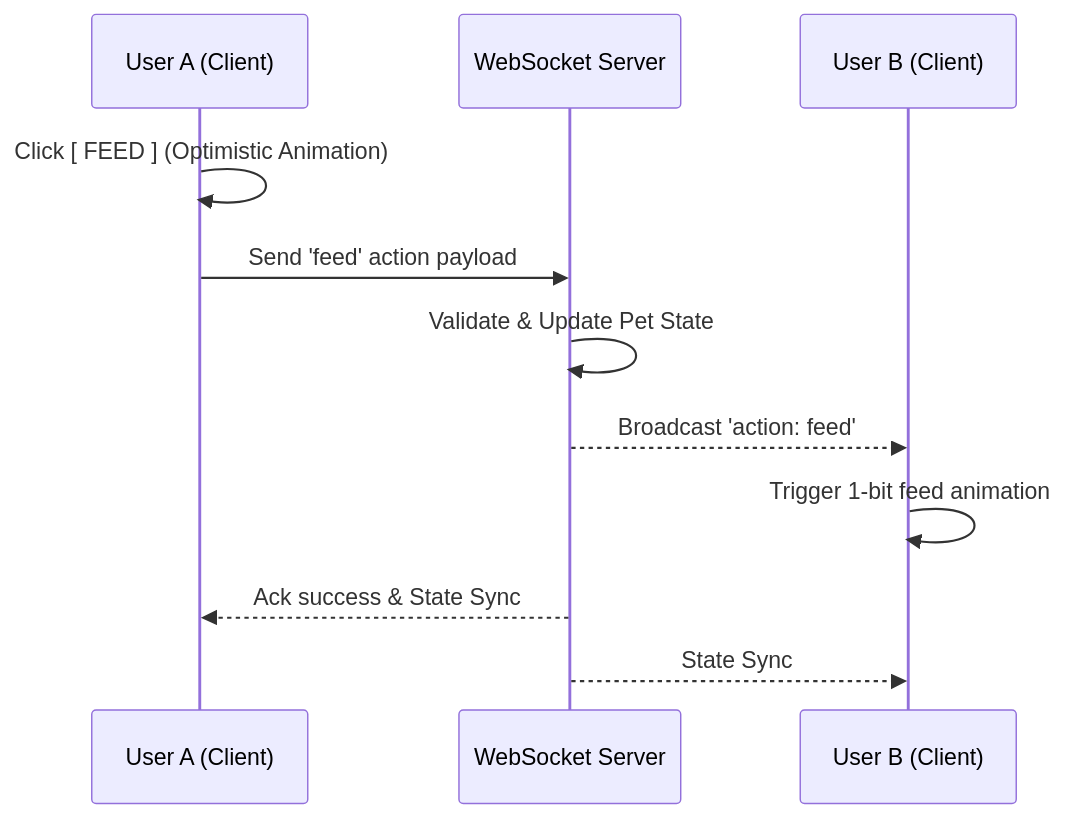
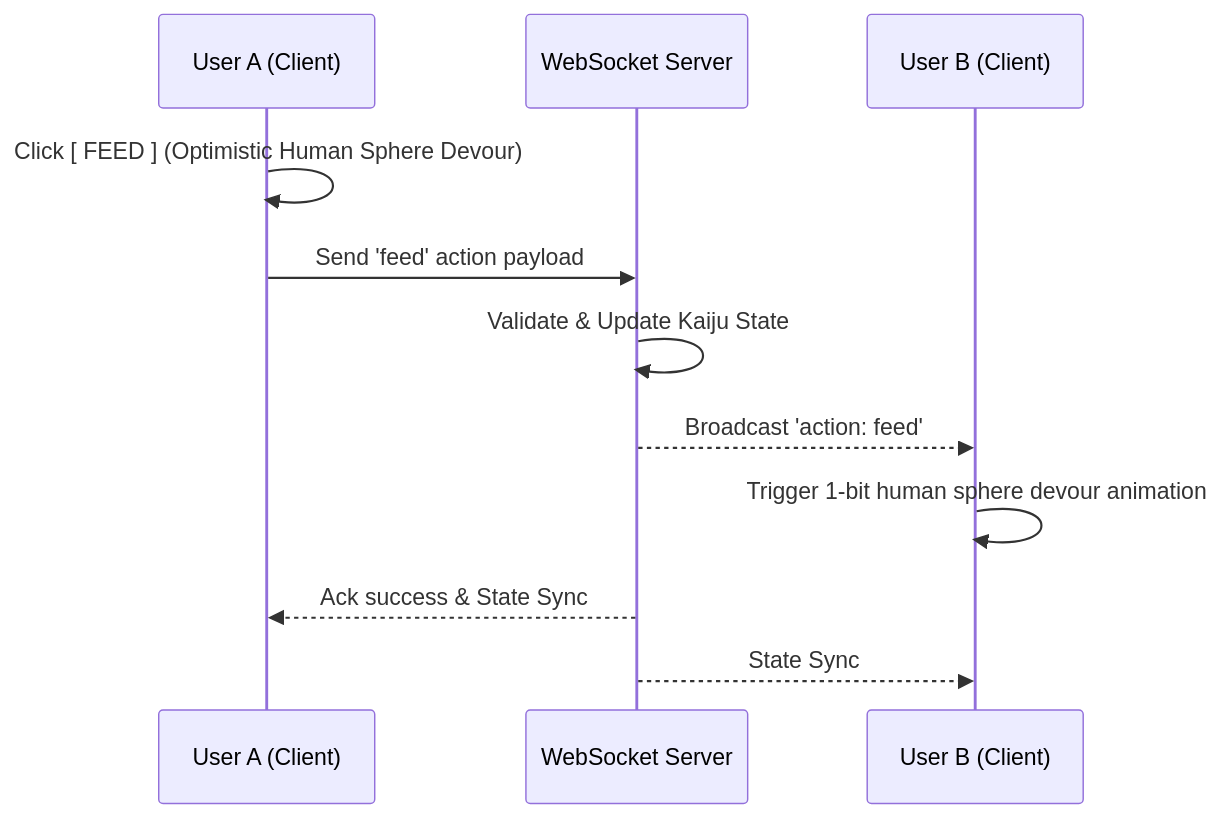
Before and after one commit to TheMrCorvy/HATCH.REF: the third of 3 diagrams in Documentation/Multiplayer/01-shared-pet-care-architecture.md, drawn with Mermaid. The commit also changed other lines of this file and 34 other files, not shown here.

````diff
--- a/Documentation/Multiplayer/01-shared-pet-care-architecture.md
+++ b/Documentation/Multiplayer/01-shared-pet-care-architecture.md
@@ -112,14 +112,14 @@
 ```mermaid
 sequenceDiagram
     participant UserA as User A (Client)
     participant Server as WebSocket Server
     participant UserB as User B (Client)
     
-    UserA->>UserA: Click [ FEED ] (Optimistic Animation)
+    UserA->>UserA: Click [ FEED ] (Optimistic Human Sphere Devour)
     UserA->>Server: Send 'feed' action payload
-    Server->>Server: Validate & Update Pet State
+    Server->>Server: Validate & Update Kaiju State
     Server-->>UserB: Broadcast 'action: feed'
-    UserB->>UserB: Trigger 1-bit feed animation
+    UserB->>UserB: Trigger 1-bit human sphere devour animation
     Server-->>UserA: Ack success & State Sync
     Server-->>UserB: State Sync
 ```
````
